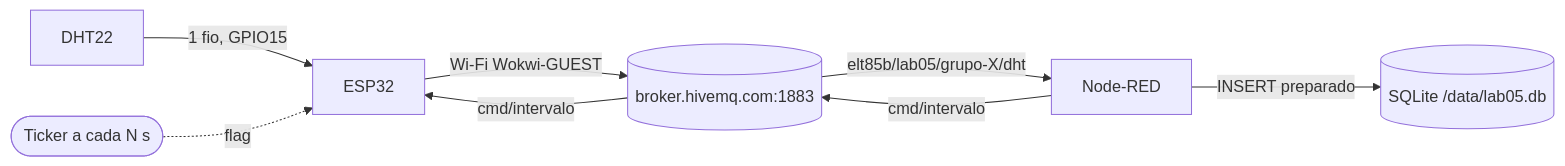
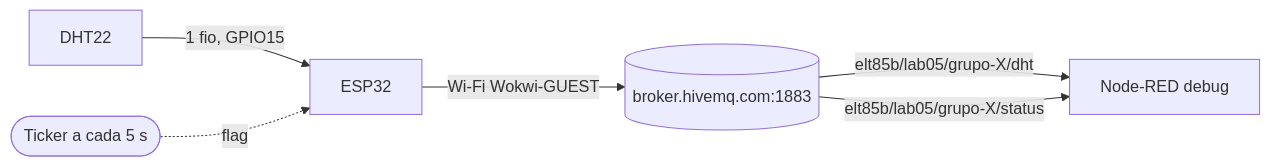
One commit to ruseleredu/iiot-docs changed the first of 4 diagrams in labs-docs/LAB05.mdx. Above: the diagram before and after it, drawn with Mermaid. The commit also changed other lines of this file, not shown here.

````diff
--- a/labs-docs/LAB05.mdx
+++ b/labs-docs/LAB05.mdx
@@ -95,10 +37,8 @@
 ```mermaid
 flowchart LR
   DHT[DHT22] -->|1 fio, GPIO15| ESP[ESP32]
-  TMR([Ticker a cada N s]) -.->|flag| ESP
+  TMR([Ticker a cada 5 s]) -.->|flag| ESP
   ESP -->|Wi-Fi Wokwi-GUEST| BRK[(broker.hivemq.com:1883)]
-  BRK -->|elt85b/lab05/grupo-X/dht| NR[Node-RED]
-  NR -->|INSERT preparado| DB[(SQLite /data/lab05.db)]
-  NR -->|cmd/intervalo| BRK
-  BRK -->|cmd/intervalo| ESP
+  BRK -->|elt85b/lab05/grupo-X/dht| NR[Node-RED debug]
+  BRK -->|elt85b/lab05/grupo-X/status| NR
 ```
````
